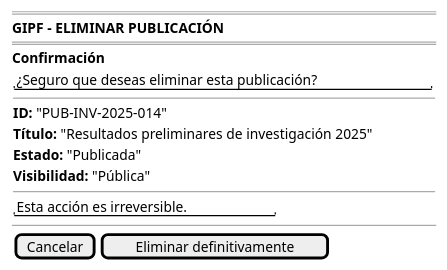
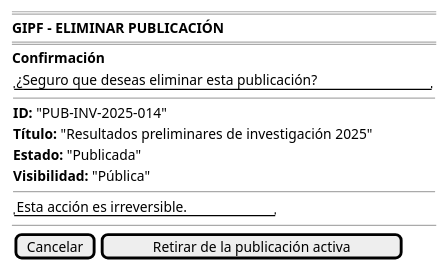
One commit to beatriizorozco/25-26-idsw2-sdVC changed the diagram in modelosUML/RUP/00-casos-uso/02-detalle/prototipado/investigador/eliminarPublicacion/prototipo.puml. Above: the diagram before and after it, drawn with PlantUML. The commit also changed 98 other files, not shown here.

```diff
--- a/modelosUML/RUP/00-casos-uso/02-detalle/prototipado/investigador/eliminarPublicacion/prototipo.puml
+++ b/modelosUML/RUP/00-casos-uso/02-detalle/prototipado/investigador/eliminarPublicacion/prototipo.puml
@@ -1,25 +1,25 @@
 @startsalt eliminarPublicacion-wireframe
 {
     ====
     <b>GIPF - ELIMINAR PUBLICACIÓN</b>
     ====
 
     <b>Confirmación</b>
     {
         "¿Seguro que deseas eliminar esta publicación?"
 
         --
         <b>ID:</b> "PUB-INV-2025-014"
         <b>Título:</b> "Resultados preliminares de investigación 2025"
         <b>Estado:</b> "Publicada"
         <b>Visibilidad:</b> "Pública"
 
         --
         "Esta acción es irreversible."
     }
 
     --
 
-    { [Cancelar] | [Eliminar definitivamente] }
+    { [Cancelar] | [Retirar de la publicación activa] }
 }
 @endsalt
```
